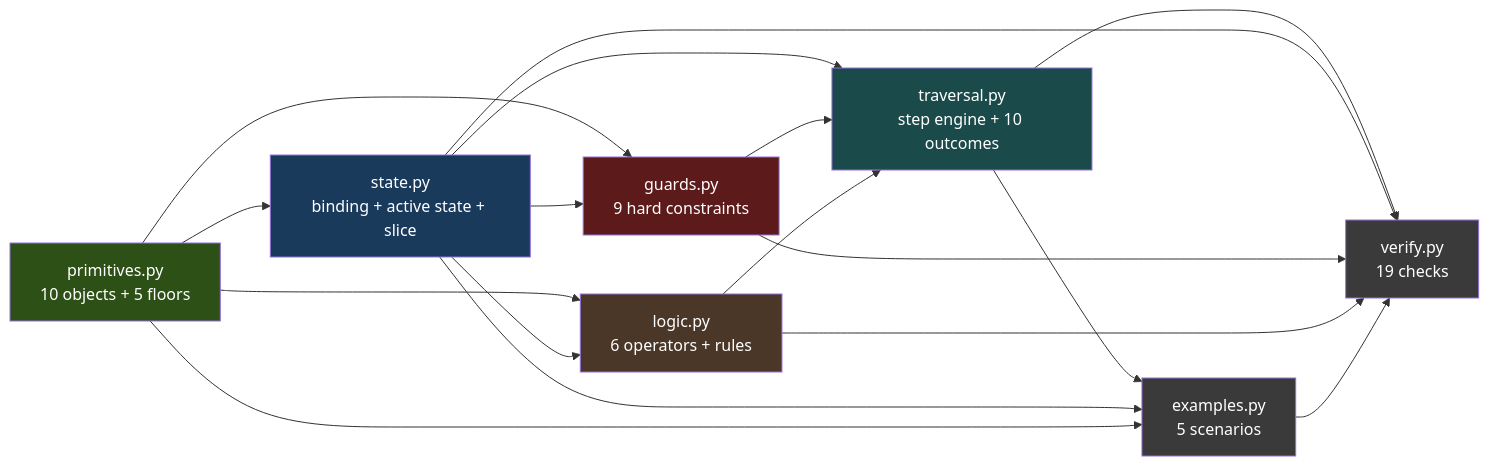
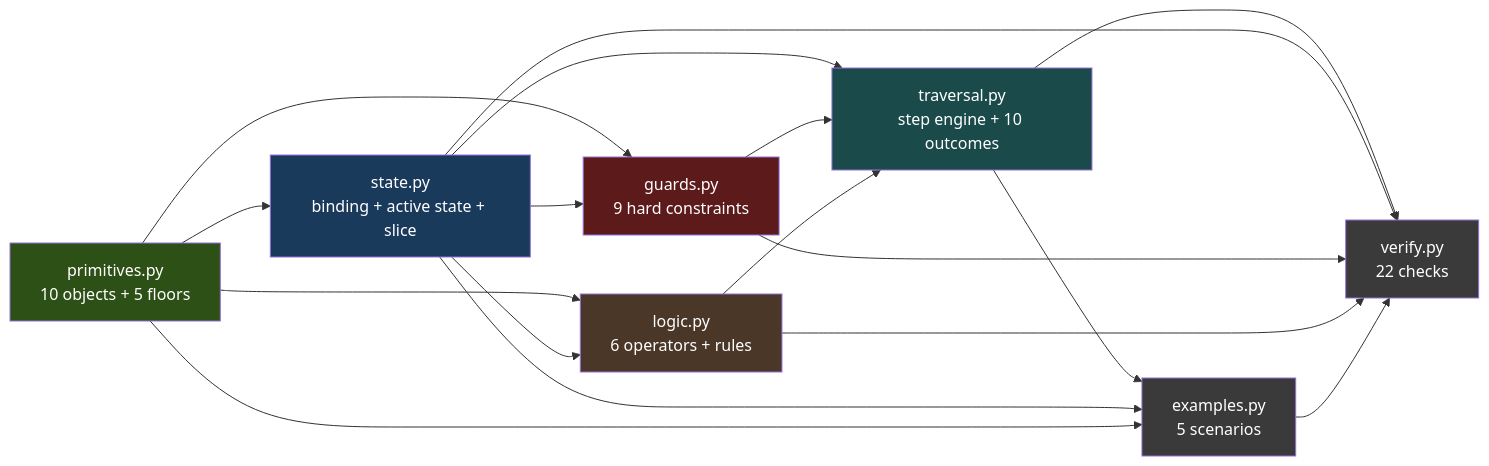
Before and after one commit to igareosh/fpf-agentic-thinking-map: the first of 7 diagrams in ARCHITECTURE.md, drawn with Mermaid. The commit also changed other lines of this file and 6 other files, not shown here.

````diff
--- a/ARCHITECTURE.md
+++ b/ARCHITECTURE.md
@@ -7,35 +7,35 @@
 ```mermaid
 graph LR
     P[primitives.py<br/>10 objects + 5 floors]
     S[state.py<br/>binding + active state + slice]
     G[guards.py<br/>9 hard constraints]
     L[logic.py<br/>6 operators + rules]
     T[traversal.py<br/>step engine + 10 outcomes]
     E[examples.py<br/>5 scenarios]
-    V[verify.py<br/>19 checks]
+    V[verify.py<br/>22 checks]
 
     P --> S
     P --> G
     P --> L
     S --> G
     S --> L
     S --> T
     G --> T
     L --> T
     T --> E
     S --> E
     P --> E
     T --> V
     S --> V
     G --> V
     L --> V
     E --> V
 
     style P fill:#2d5016,color:#fff
     style S fill:#1a3a5c,color:#fff
     style G fill:#5c1a1a,color:#fff
     style L fill:#4a3728,color:#fff
     style T fill:#1a4a4a,color:#fff
     style E fill:#3a3a3a,color:#fff
     style V fill:#3a3a3a,color:#fff
 ```
````
